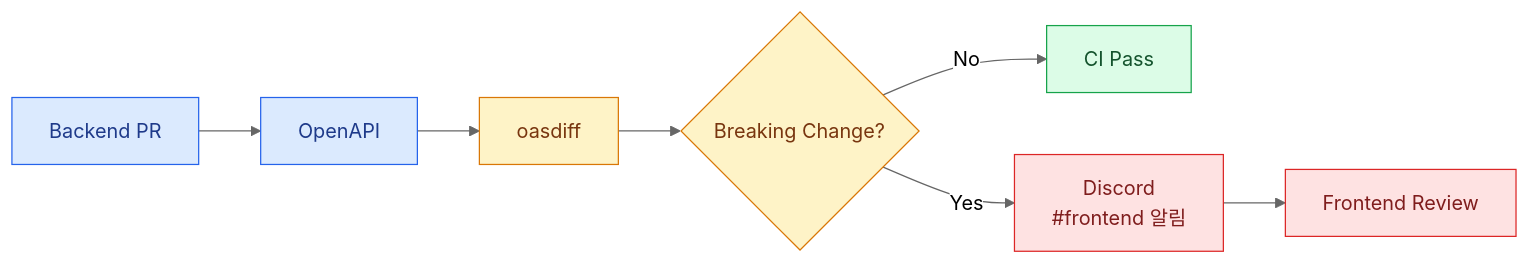
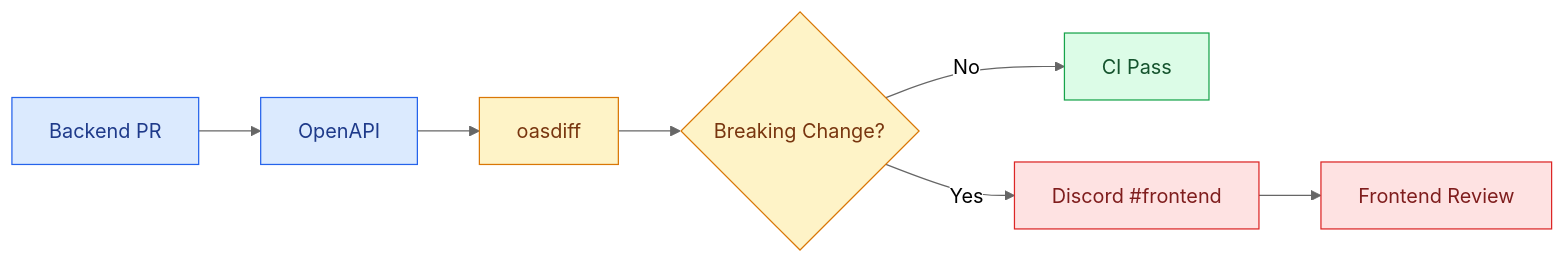
Before and after one commit to Central-MakeUs/TripFit-server: the fifth of 6 diagrams in README.md, drawn with Mermaid (neutral theme). The commit also changed other lines of this file, not shown here.

First line of the commit message:
Docs: README AI Engineering 다이어그램을 실제 하네스 장치 기준으로 보강

````diff
--- a/README.md
+++ b/README.md
@@ -124,24 +216,16 @@
 ```mermaid
 flowchart LR
-    A["Backend PR"]
-    B["OpenAPI"]
-    C["oasdiff"]
-    D{"Breaking Change?"}
-    E["CI Pass"]
-    F["Discord<br/>#frontend 알림"]
-    G["Frontend Review"]
-
-    A --> B --> C --> D
-    D -->|No| E
-    D -->|Yes| F --> G
+    A["Backend PR"] --> B["OpenAPI"] --> C["oasdiff"] --> D{"Breaking Change?"}
+    D -->|No| E["CI Pass"]
+    D -->|Yes| F["Discord #frontend"] --> G["Frontend Review"]
 
     classDef source fill:#DBEAFE,stroke:#2563EB,color:#1E3A8A
     classDef check fill:#FEF3C7,stroke:#D97706,color:#78350F
     classDef success fill:#DCFCE7,stroke:#16A34A,color:#14532D
     classDef alert fill:#FEE2E2,stroke:#DC2626,color:#7F1D1D
 
     class A,B source
     class C,D check
     class E success
     class F,G alert
 ```
````
